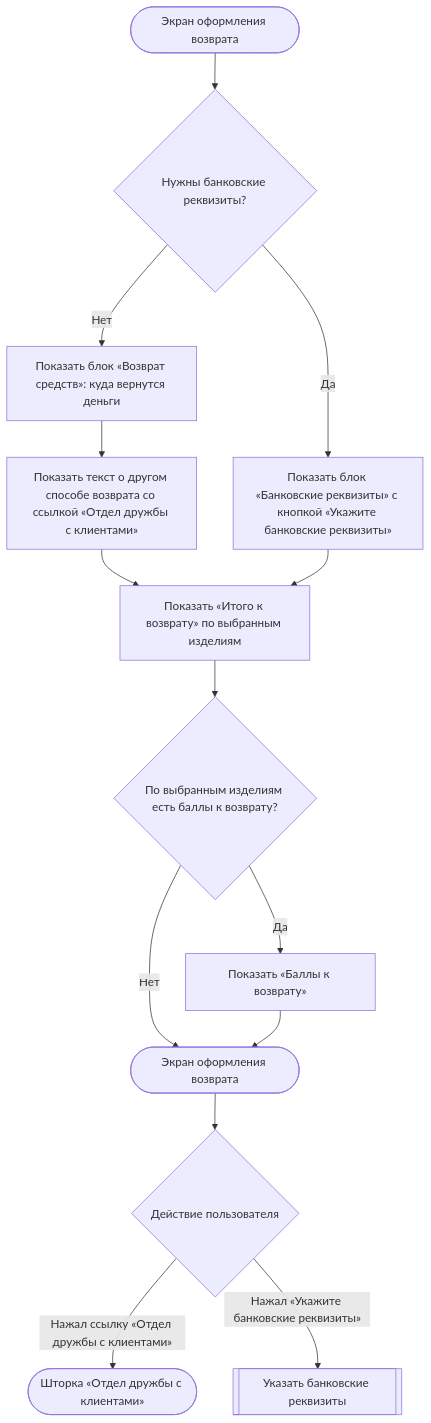
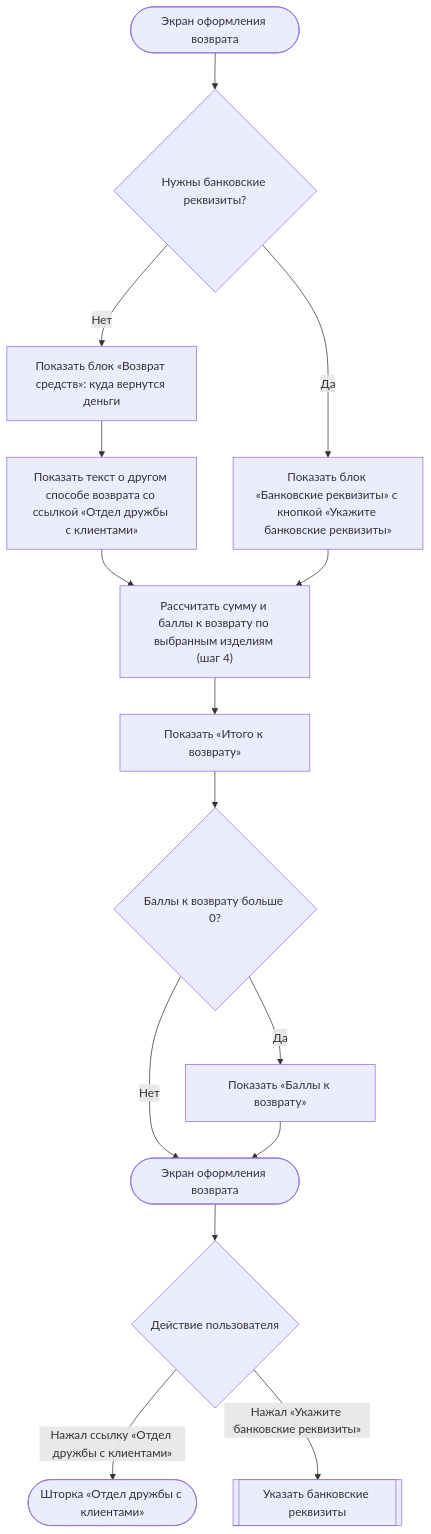
One commit to Terinss155/opencode-agents-analysis changed diagram 15 of 22 in projects/returns-2.0/requirements/srs/srs-mobile-mvp.md. Above: the diagram before and after it, drawn with Mermaid. The commit also changed other lines of this file and 18 other files, not shown here.

````diff
--- a/projects/returns-2.0/requirements/srs/srs-mobile-mvp.md
+++ b/projects/returns-2.0/requirements/srs/srs-mobile-mvp.md
@@ -973,16 +1060,17 @@
 ```mermaid
 flowchart TD
     S([Экран оформления возврата]) --> A{"Нужны банковские реквизиты?"}
     A -->|Нет| B["Показать блок «Возврат средств»: куда вернутся деньги"]
     B --> B1["Показать текст о другом способе возврата со ссылкой «Отдел дружбы с клиентами»"]
-    B1 --> T
+    B1 --> T0
     A -->|Да| C["Показать блок «Банковские реквизиты» с кнопкой «Укажите банковские реквизиты»"]
-    C --> T["Показать «Итого к возврату» по выбранным изделиям"]
-    T --> P{"По выбранным изделиям есть баллы к возврату?"}
+    C --> T0["Рассчитать сумму и баллы к возврату по выбранным изделиям (шаг 4)"]
+    T0 --> T["Показать «Итого к возврату»"]
+    T --> P{"Баллы к возврату больше 0?"}
     P -->|Да| P1["Показать «Баллы к возврату»"]
     P -->|Нет| Z
     P1 --> Z([Экран оформления возврата])
     Z --> L{"Действие пользователя"}
     L -->|Нажал ссылку «Отдел дружбы с клиентами»| W(["Шторка «Отдел дружбы с клиентами»"])
     L -->|Нажал «Укажите банковские реквизиты»| R[["Указать банковские реквизиты"]]
 ```
````
